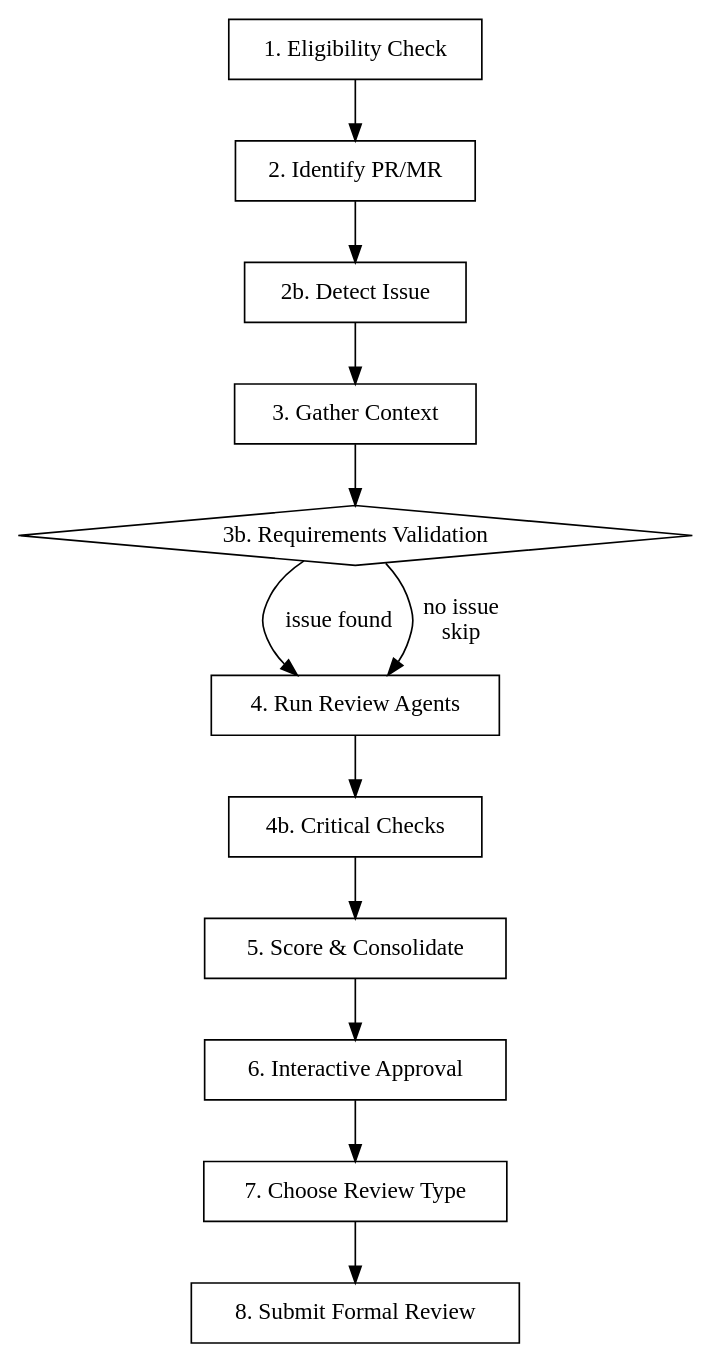
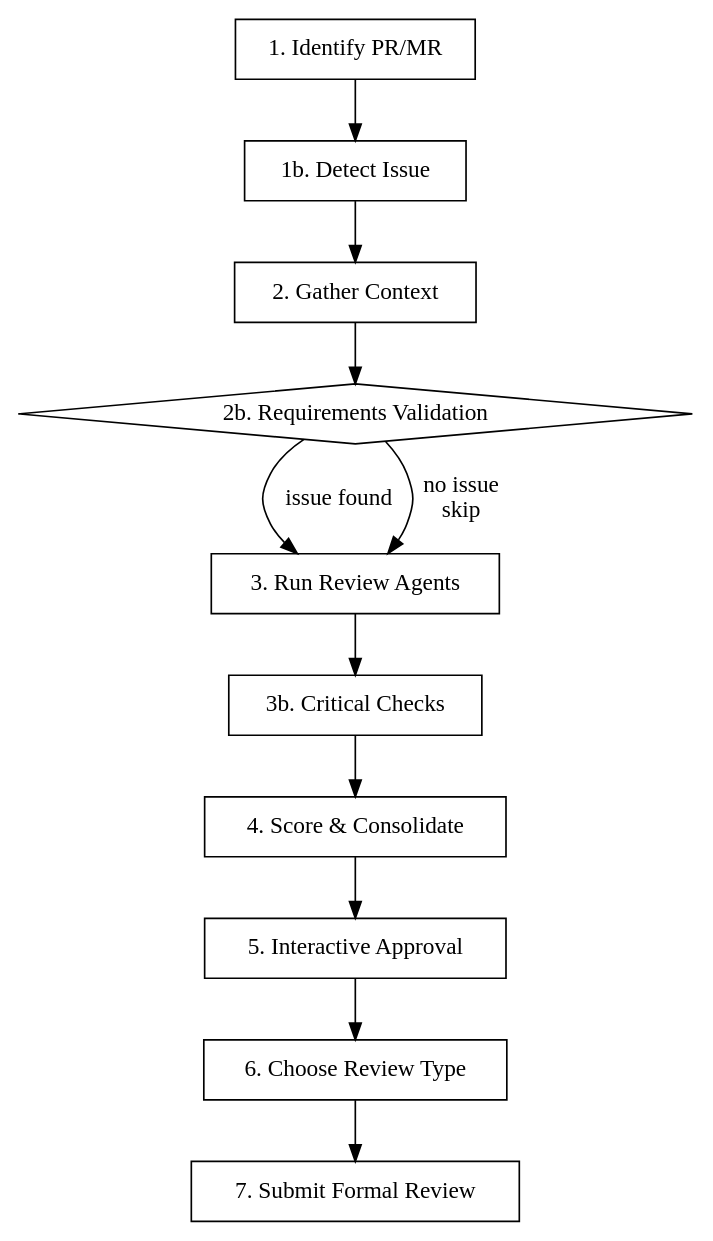
One commit to rodrigomanhaes/flowyeah changed the diagram in plugins/flowyeah/skills/review/SKILL.md. Above: the diagram before and after it, drawn with Graphviz. The commit also changed other lines of this file and 16 other files, not shown here.

First line of the commit message:
chore: consolidate flowyeah infrastructure and fix analysis findings

````diff
--- a/plugins/flowyeah/skills/review/SKILL.md
+++ b/plugins/flowyeah/skills/review/SKILL.md
@@ -16,24 +16,23 @@
 ```dot
 digraph review {
     rankdir=TB;
     node [shape=box];
 
-    eligible [label="1. Eligibility Check"];
-    identify [label="2. Identify PR/MR"];
-    issue [label="2b. Detect Issue"];
-    context [label="3. Gather Context"];
-    requirements [label="3b. Requirements Validation" shape=diamond];
-    agents [label="4. Run Review Agents"];
-    checks [label="4b. Critical Checks"];
-    score [label="5. Score & Consolidate"];
-    approve [label="6. Interactive Approval"];
-    type [label="7. Choose Review Type"];
-    submit [label="8. Submit Formal Review"];
+    identify [label="1. Identify PR/MR"];
+    issue [label="1b. Detect Issue"];
+    context [label="2. Gather Context"];
+    requirements [label="2b. Requirements Validation" shape=diamond];
+    agents [label="3. Run Review Agents"];
+    checks [label="3b. Critical Checks"];
+    score [label="4. Score & Consolidate"];
+    approve [label="5. Interactive Approval"];
+    type [label="6. Choose Review Type"];
+    submit [label="7. Submit Formal Review"];
 
-    eligible -> identify -> issue -> context;
+    identify -> issue -> context;
     context -> requirements;
     requirements -> agents [label="issue found"];
     requirements -> agents [label="no issue\nskip"];
     agents -> checks -> score -> approve -> type -> submit;
 }
 ```
````
